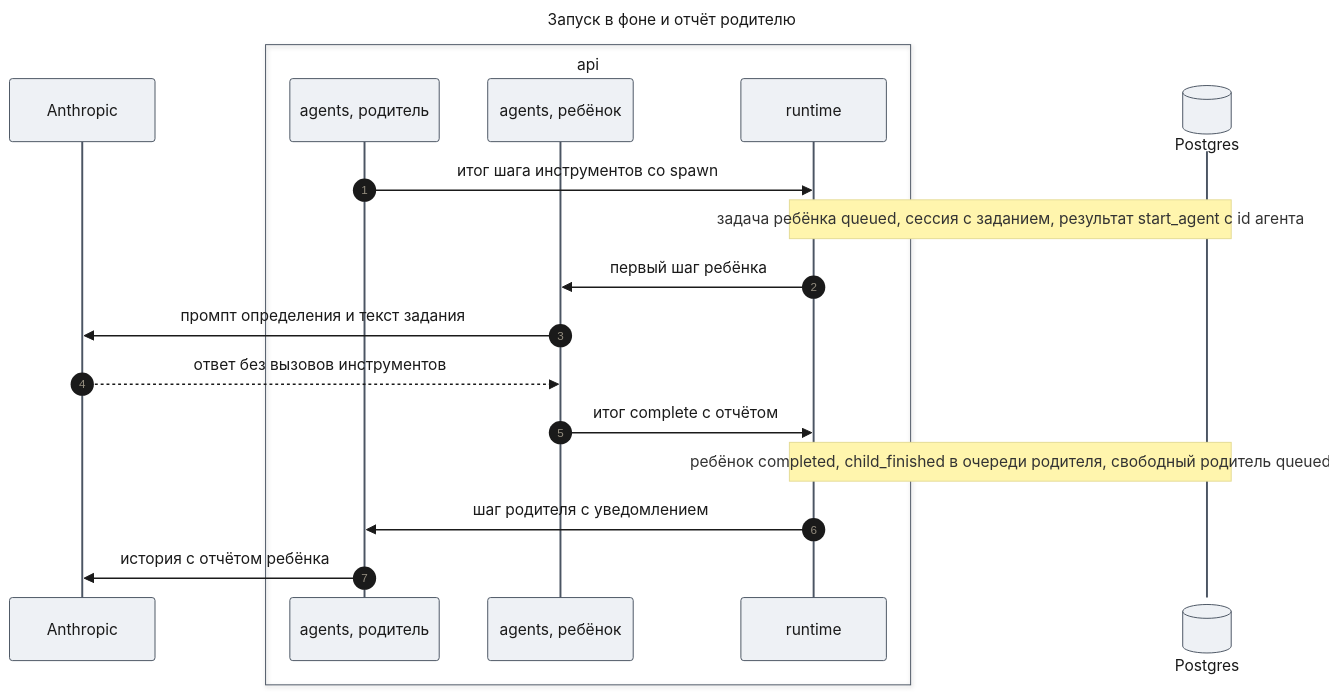
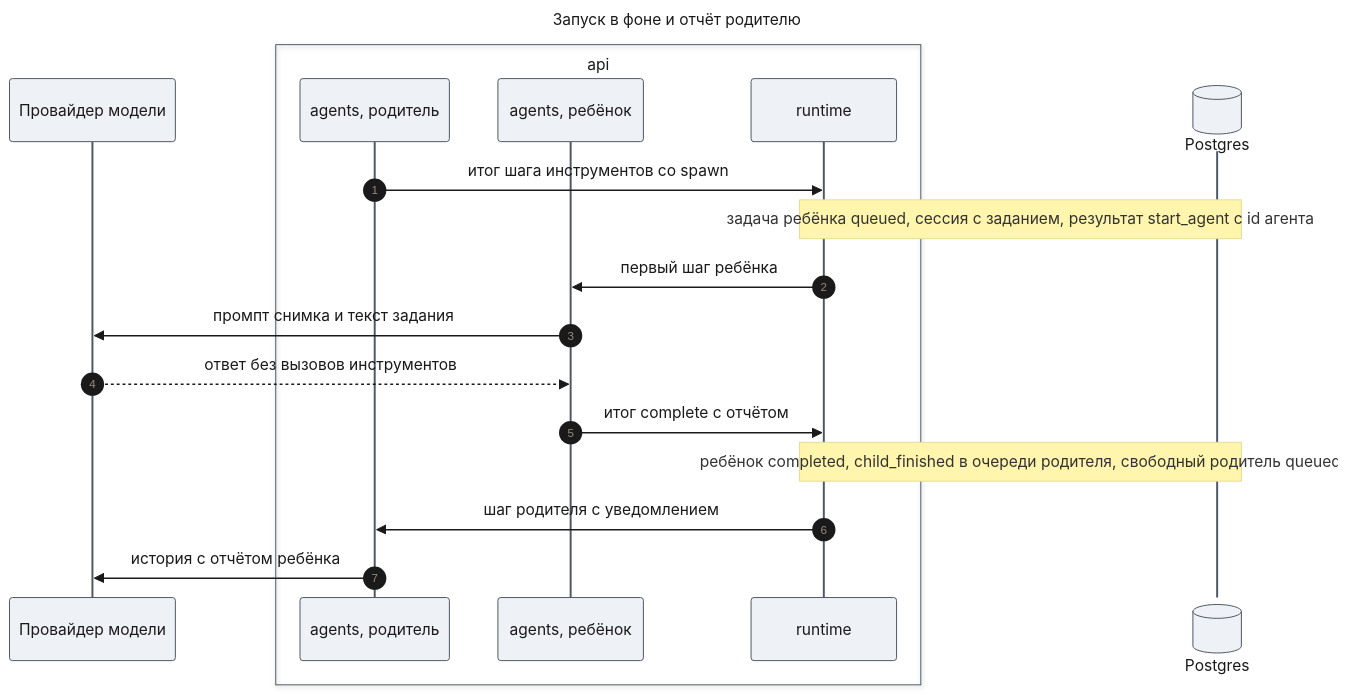
Before and after one commit to tundraray/agent-os: the fifth of 12 diagrams in docs/features/agent-platform/design-agents.md, drawn with Mermaid. The commit also changed other lines of this file and 420 other files, not shown here.

````diff
--- a/docs/features/agent-platform/design-agents.md
+++ b/docs/features/agent-platform/design-agents.md
@@ -389,41 +393,41 @@
 ```mermaid
 ---
 title: "Запуск в фоне и отчёт родителю"
 config:
   theme: base
   look: classic
   themeVariables:
     primaryColor: "#eef1f5"
     primaryBorderColor: "#4b5563"
     primaryTextColor: "#1a1a1a"
     lineColor: "#6b7280"
   themeCSS: |
     @keyframes lit_ga2{0%,12.86%{stroke:#991b1b;stroke-width:6px}14.29%,100%{stroke:#37474f;stroke-width:2px}}
     @keyframes litr_ga2{0%,12.86%{stroke:#1d4ed8;stroke-width:6px}14.29%,100%{stroke:#37474f;stroke-width:2px}}
     .messageLine0[data-id='i1'],.messageLine1[data-id='i1']{animation:lit_ga2 8.4s linear 0s infinite}
     .messageLine0[data-id='i3'],.messageLine1[data-id='i3']{animation:litr_ga2 8.4s linear 1.2s infinite}
     .messageLine0[data-id='i4'],.messageLine1[data-id='i4']{animation:lit_ga2 8.4s linear 2.4s infinite}
     .messageLine0[data-id='i5'],.messageLine1[data-id='i5']{animation:litr_ga2 8.4s linear 3.6s infinite}
     .messageLine0[data-id='i6'],.messageLine1[data-id='i6']{animation:lit_ga2 8.4s linear 4.8s infinite}
     .messageLine0[data-id='i8'],.messageLine1[data-id='i8']{animation:litr_ga2 8.4s linear 6s infinite}
     .messageLine0[data-id='i9'],.messageLine1[data-id='i9']{animation:lit_ga2 8.4s linear 7.2s infinite}
 ---
 sequenceDiagram
     autonumber
-    participant M as Anthropic
+    participant M as Провайдер модели
     box api
     participant P as agents, родитель
     participant K as agents, ребёнок
     participant RT as runtime
     end
     participant DB@{ "type": "database" } as Postgres
     P->>RT: итог шага инструментов со spawn
     Note over RT,DB: задача ребёнка queued, сессия с заданием, результат start_agent с id агента
     RT->>K: первый шаг ребёнка
-    K->>M: промпт определения и текст задания
+    K->>M: промпт снимка и текст задания
     M-->>K: ответ без вызовов инструментов
     K->>RT: итог complete с отчётом
     Note over RT,DB: ребёнок completed, child_finished в очереди родителя, свободный родитель queued
     RT->>P: шаг родителя с уведомлением
     P->>M: история с отчётом ребёнка
 ```
````
